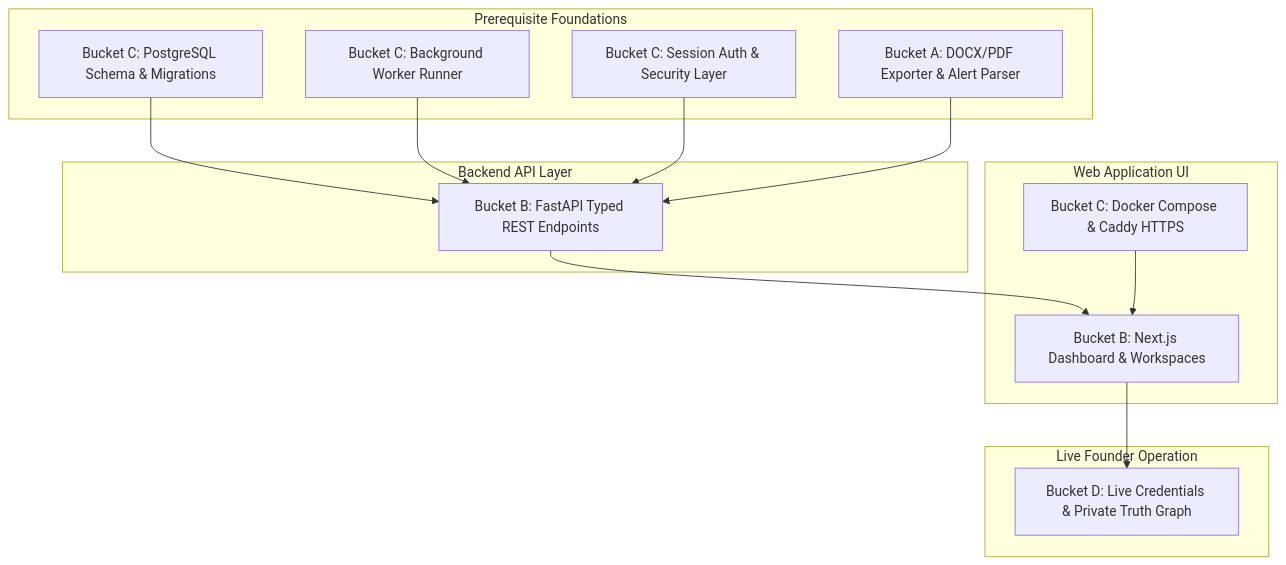
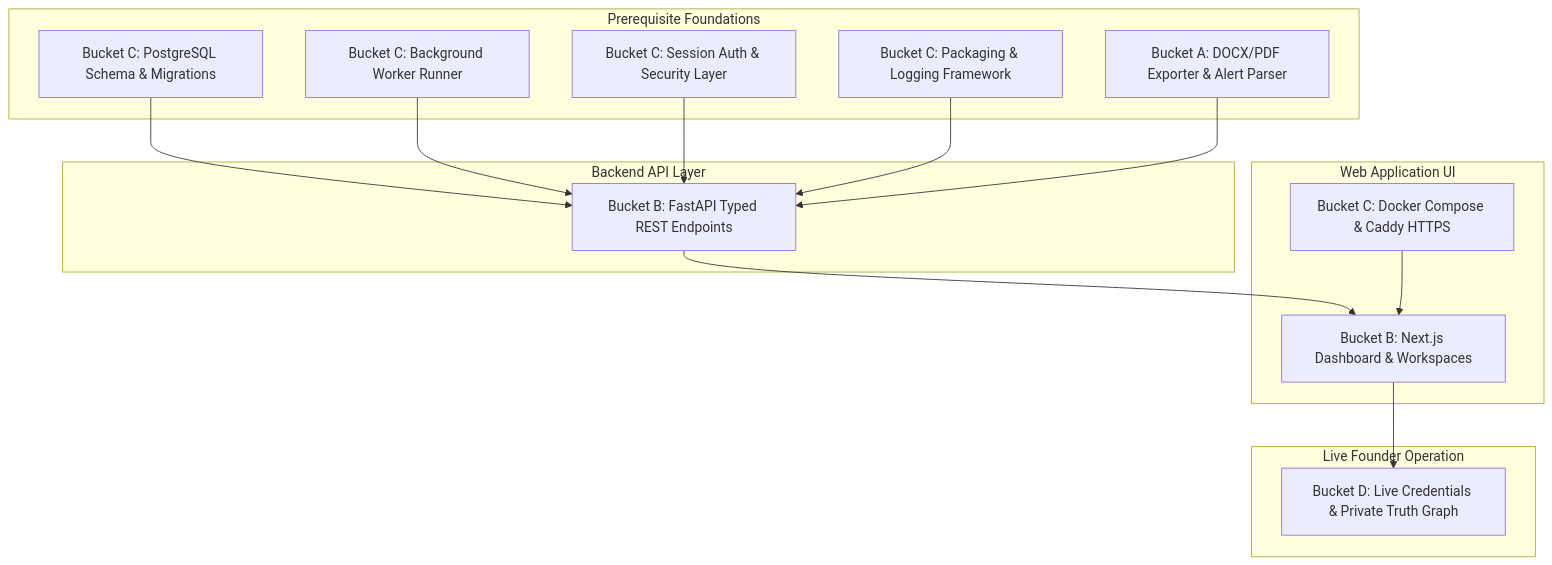
One commit to m7mdehab/opportunityos changed the diagram in reports/REPORT-FR-001.md. Above: the diagram before and after it, drawn with Mermaid. The commit also changed other lines of this file and 7 other files, not shown here.

````diff
--- a/reports/REPORT-FR-001.md
+++ b/reports/REPORT-FR-001.md
@@ -162,30 +172,32 @@
 ```mermaid
 graph TD
     subgraph Prerequisites [Prerequisite Foundations]
         C1[Bucket C: PostgreSQL Schema & Migrations]
         C2[Bucket C: Background Worker Runner]
         C3[Bucket C: Session Auth & Security Layer]
+        C4[Bucket C: Packaging & Logging Framework]
         A1[Bucket A: DOCX/PDF Exporter & Alert Parser]
     end
 
     subgraph API [Backend API Layer]
         B1[Bucket B: FastAPI Typed REST Endpoints]
     end
 
     subgraph Web [Web Application UI]
         B2[Bucket B: Next.js Dashboard & Workspaces]
-        C4[Bucket C: Docker Compose & Caddy HTTPS]
+        C5[Bucket C: Docker Compose & Caddy HTTPS]
     end
 
     subgraph Live [Live Founder Operation]
         D1[Bucket D: Live Credentials & Private Truth Graph]
     end
 
     C1 --> B1
     C2 --> B1
     C3 --> B1
+    C4 --> B1
     A1 --> B1
     B1 --> B2
-    C4 --> B2
+    C5 --> B2
     B2 --> D1
 ```
````
